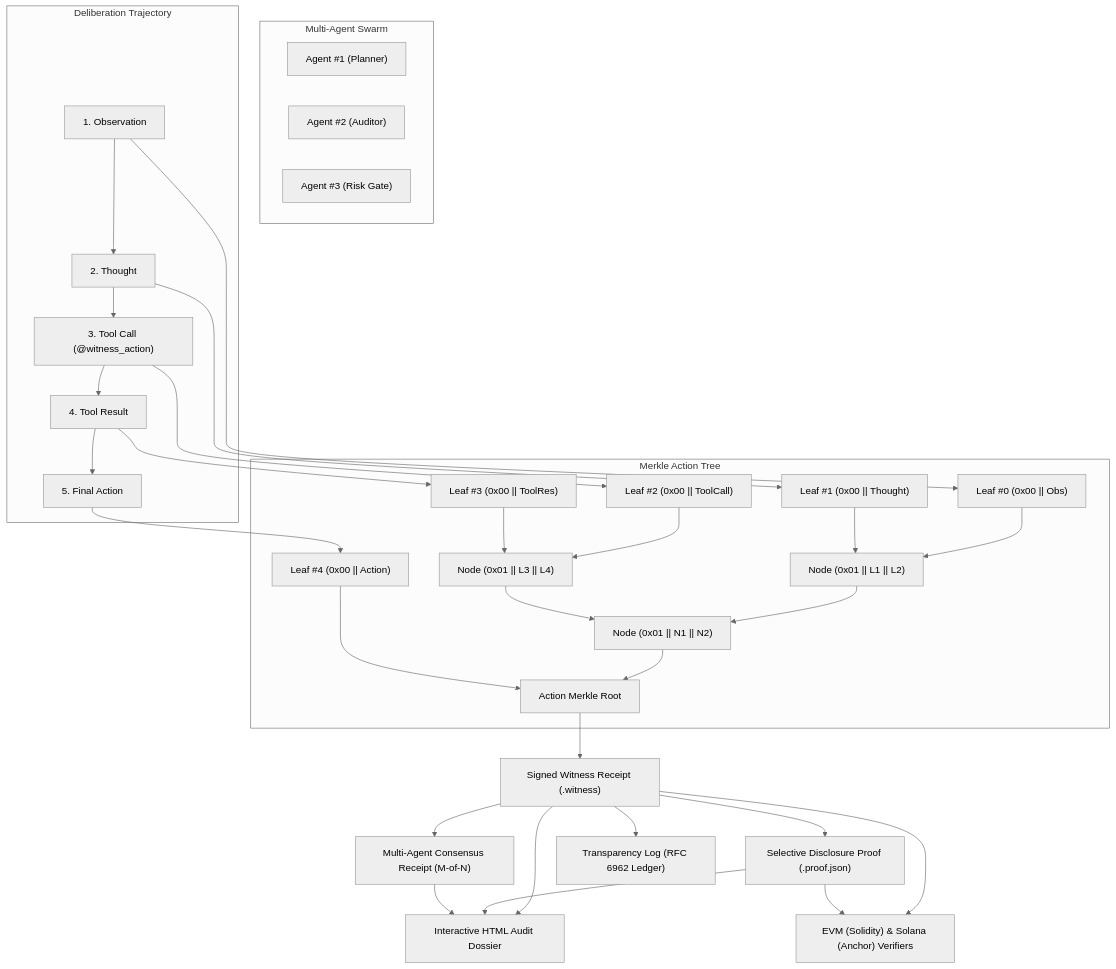
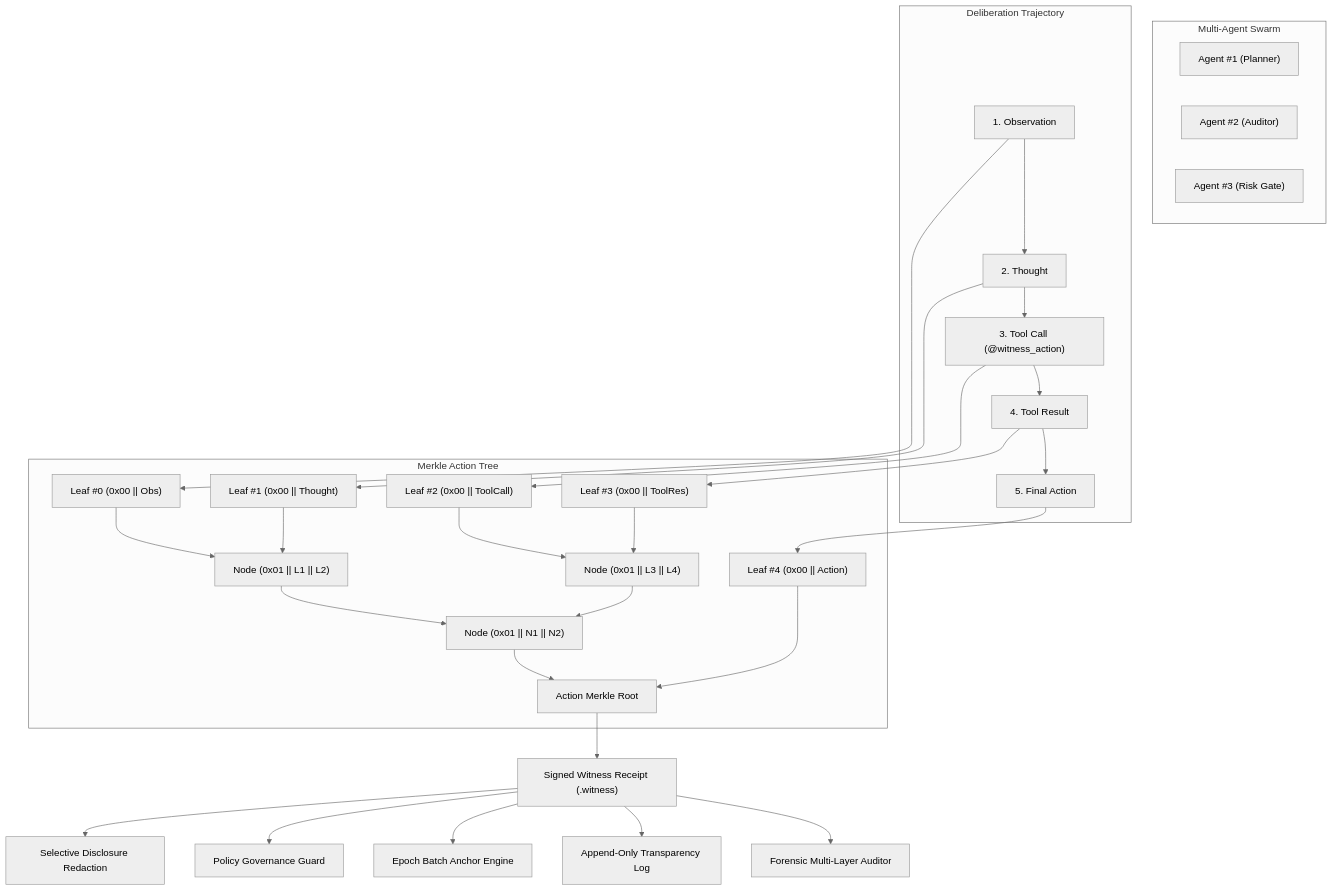
One commit to devsoniclk/agent-witness changed the diagram in README.md. Above: the diagram before and after it, drawn with Mermaid (neutral theme). The commit also changed other lines of this file and 14 other files, not shown here.

First line of the commit message:
feat(v0.5.0): selective disclosure redaction engine, policy governance guard, and epoch batch on-chain anchoring

````diff
--- a/README.md
+++ b/README.md
@@ -38,34 +41,34 @@
 ```mermaid
 flowchart TD
     subgraph Multi-Agent Swarm
         A1["Agent #1 (Planner)"]
         A2["Agent #2 (Auditor)"]
         A3["Agent #3 (Risk Gate)"]
     end
 
     subgraph Deliberation Trajectory
         O["1. Observation"] --> T["2. Thought"]
         T --> C["3. Tool Call (@witness_action)"]
         C --> R["4. Tool Result"]
         R --> D["5. Final Action"]
     end
 
     subgraph Merkle Action Tree
         O --> L1["Leaf #0 (0x00 || Obs)"]
         T --> L2["Leaf #1 (0x00 || Thought)"]
         C --> L3["Leaf #2 (0x00 || ToolCall)"]
         R --> L4["Leaf #3 (0x00 || ToolRes)"]
         D --> L5["Leaf #4 (0x00 || Action)"]
         L1 & L2 --> N1["Node (0x01 || L1 || L2)"]
         L3 & L4 --> N2["Node (0x01 || L3 || L4)"]
         N1 & N2 --> N3["Node (0x01 || N1 || N2)"]
         N3 & L5 --> ROOT["Action Merkle Root"]
     end
 
     ROOT --> SIG["Signed Witness Receipt (.witness)"]
-    SIG --> BUNDLE["Selective Disclosure Proof (.proof.json)"]
-    SIG --> CONS["Multi-Agent Consensus Receipt (M-of-N)"]
-    SIG --> LOG["Transparency Log (RFC 6962 Ledger)"]
-    SIG & BUNDLE & CONS --> HTML["Interactive HTML Audit Dossier"]
-    SIG & BUNDLE --> VERIFIERS["EVM (Solidity) & Solana (Anchor) Verifiers"]
+    SIG --> REDACT["Selective Disclosure Redaction"]
+    SIG --> POLICY["Policy Governance Guard"]
+    SIG --> BATCH["Epoch Batch Anchor Engine"]
+    SIG --> LOG["Append-Only Transparency Log"]
+    SIG --> AUDIT["Forensic Multi-Layer Auditor"]
 ```
````
